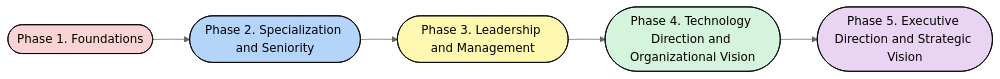
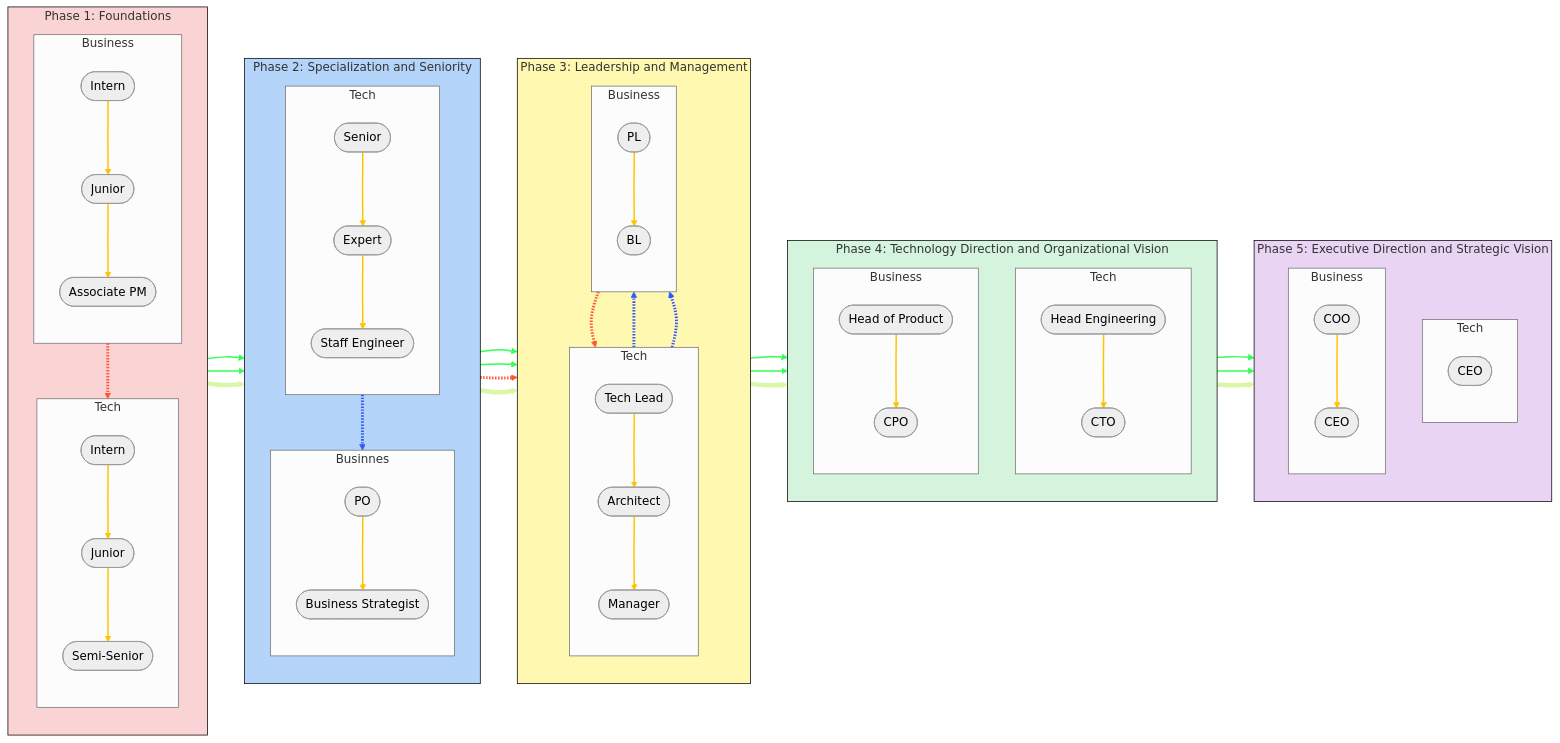
The first of 12 diagrams in professional-path.md (EdgarRangelInnovate/EdgarRangelInnovate), drawn with Mermaid (neutral theme) before and after one commit. The commit also changed other lines of this file and 2 other files, not shown here.

Commit message:
✨ Mermaid zoom

`````diff
--- a/professional-path.md
+++ b/professional-path.md
@@ -24,15 +24,121 @@
-```mermaid
+````mermaid
 flowchart LR
-    A([Phase 1. Foundations]) -->
-    B([Phase 2. Specialization and Seniority]) -->
-    C([Phase 3. Leadership and Management]) -->
-    D([Phase 4. Technology Direction and Organizational Vision]) -->
-    E([Phase 5. Executive Direction and Strategic Vision])
+    %% Subgraph para Phase 1
+    subgraph A [Phase 1: Foundations]
+      direction TB
+        subgraph A1 [Tech]
+          direction TB
+            A11([Intern]) -->
+            A12([Junior]) -->
+            A13([Semi-Senior])
+        end
+        subgraph A2 [Business]
+          direction TB
+            A21([Intern]) -->
+            A22([Junior]) -->
+            A23([Associate PM])
+        end
+    end
 
-  %% Aplicar colores a cada nodo
-  style A fill:#FAD4D4,stroke:#000,stroke-width:1px
-  style B fill:#B4D4FA,stroke:#000,stroke-width:1px
-  style C fill:#FFF8B0,stroke:#000,stroke-width:1px
-  style D fill:#D4F4DD,stroke:#000,stroke-width:1px
-  style E fill:#EAD4F4,stroke:#000,stroke-width:1px
-```
+    A13 --> B11
+    A23 --> B21
+
+    %% Subgraph para Phase 2
+    subgraph B [Phase 2: Specialization and Seniority]
+      direction TB
+        subgraph B1 [Tech]
+          direction TB
+            B11([Senior]) -->
+            B12([Expert]) -->
+            B13([Staff Engineer])
+        end
+        subgraph B2 [Businnes]
+          direction TB
+            B21([PO]) -->
+            B22([Business Strategist])
+        end
+    end
+
+    B13 --> C11
+    B22 --> C21
+
+    %% Subgraph para Phase 3
+    subgraph C [Phase 3: Leadership and Management]
+      direction TB
+        subgraph C1 [Tech]
+          direction TB
+            C11([Tech Lead]) -->
+            C12([Architect]) -->
+            C13([Manager])
+        end
+        subgraph C2 [Business]
+          direction TB
+            C21([PL]) -->
+            C22([BL])
+        end
+    end
+
+    C13 --> D11
+    C22 --> D21
+
+    %% Subgraph para Phase 4
+    subgraph D [Phase 4: Technology Direction and Organizational Vision]
+      direction TB
+        subgraph D1 [Tech]
+          direction TB
+            D11([Head Engineering]) -->
+            D12([CTO])
+        end
+        subgraph D2 [Business]
+          direction TB
+            D21([Head of Product]) -->
+            D22([CPO])
+        end
+    end
+
+    D12 --> E11
+    D22 --> E21
+
+    %% Subgraph para Phase 5
+    subgraph E [Phase 5: Executive Direction and Strategic Vision]
+      direction TB
+        subgraph E1 [Tech]
+          direction TB
+            E11([CEO])
+        end
+        subgraph E2 [Business]
+          direction TB
+            E21([COO]) -->
+            E22([CEO])
+        end
+    end
+
+    %% 🔀 Cruce entre paths
+    C11 -.-> C21
+    C13 -.-> C22
+    B13 -.-> B22
+
+    B21 -.-> C11
+    A23 -.-> A13
+    C22 -.-> C13
+
+    %% Conexiones entre subgraphs
+    A --> B
+    B --> C
+    C --> D
+    D --> E
+
+    %% Estilos para los subgraphs
+    style A fill:#FAD4D4,stroke:#000,stroke-width:1px
+    style B fill:#B4D4FA,stroke:#000,stroke-width:1px
+    style C fill:#FFF8B0,stroke:#000,stroke-width:1px
+    style D fill:#D4F4DD,stroke:#000,stroke-width:1px
+    style E fill:#EAD4F4,stroke:#000,stroke-width:1px
+
+    %% Colores para las flechas
+    linkStyle 0,1,2,3,6,7,8,11,12,13,16,17,20 stroke:#FFC300,stroke-width:2px
+    linkStyle 4,5,9,10,14,15,18,19 stroke:#33FF57,stroke-width:2px
+    linkStyle 21,22,23 stroke:#3357FF,stroke-width:4px
+    linkStyle 24,25,26 stroke:#FF5733,stroke-width:4px
+    linkStyle 27,28,29,30 stroke:#DAF7A6,stroke-width:6px
+````
`````
